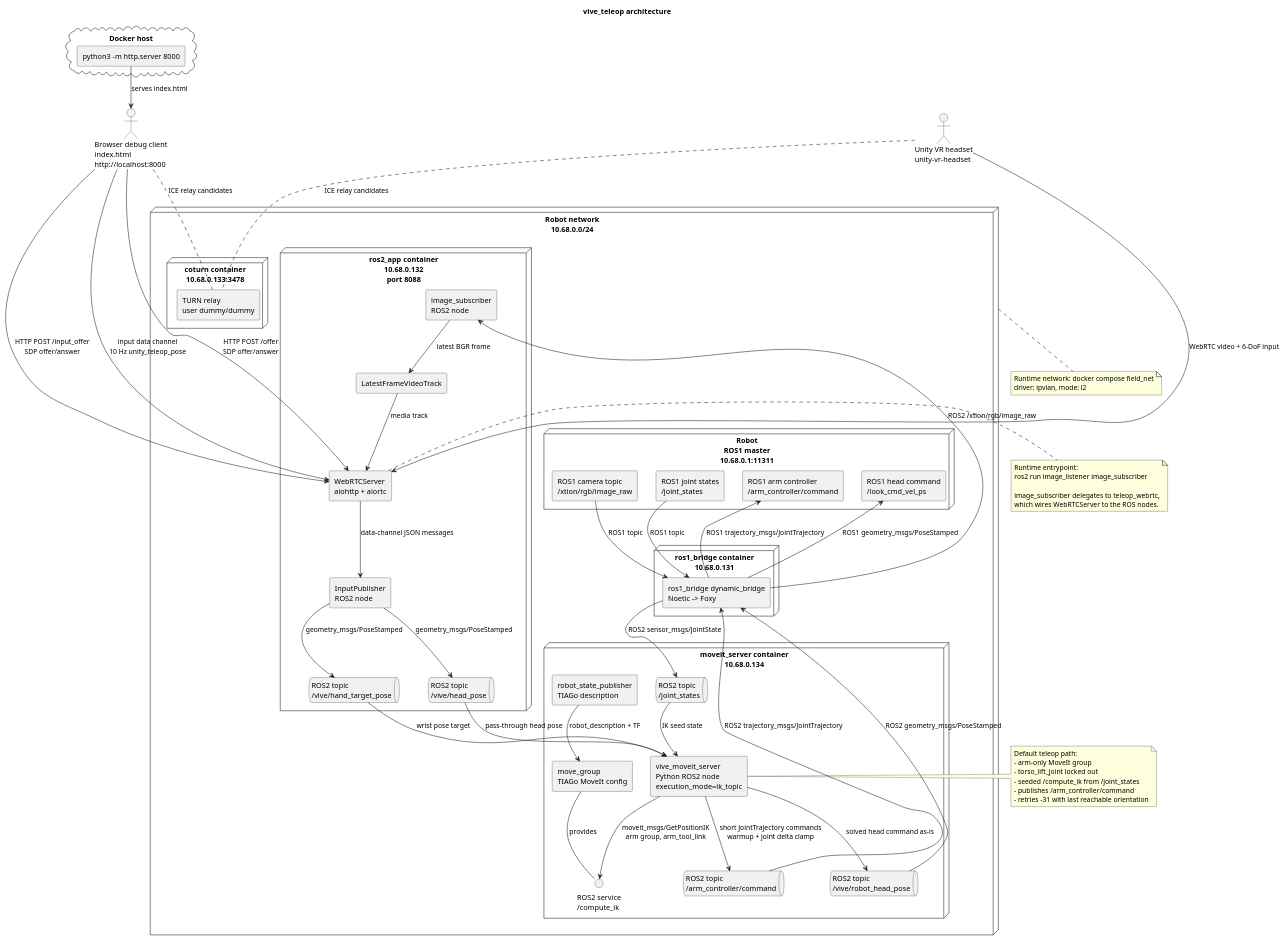
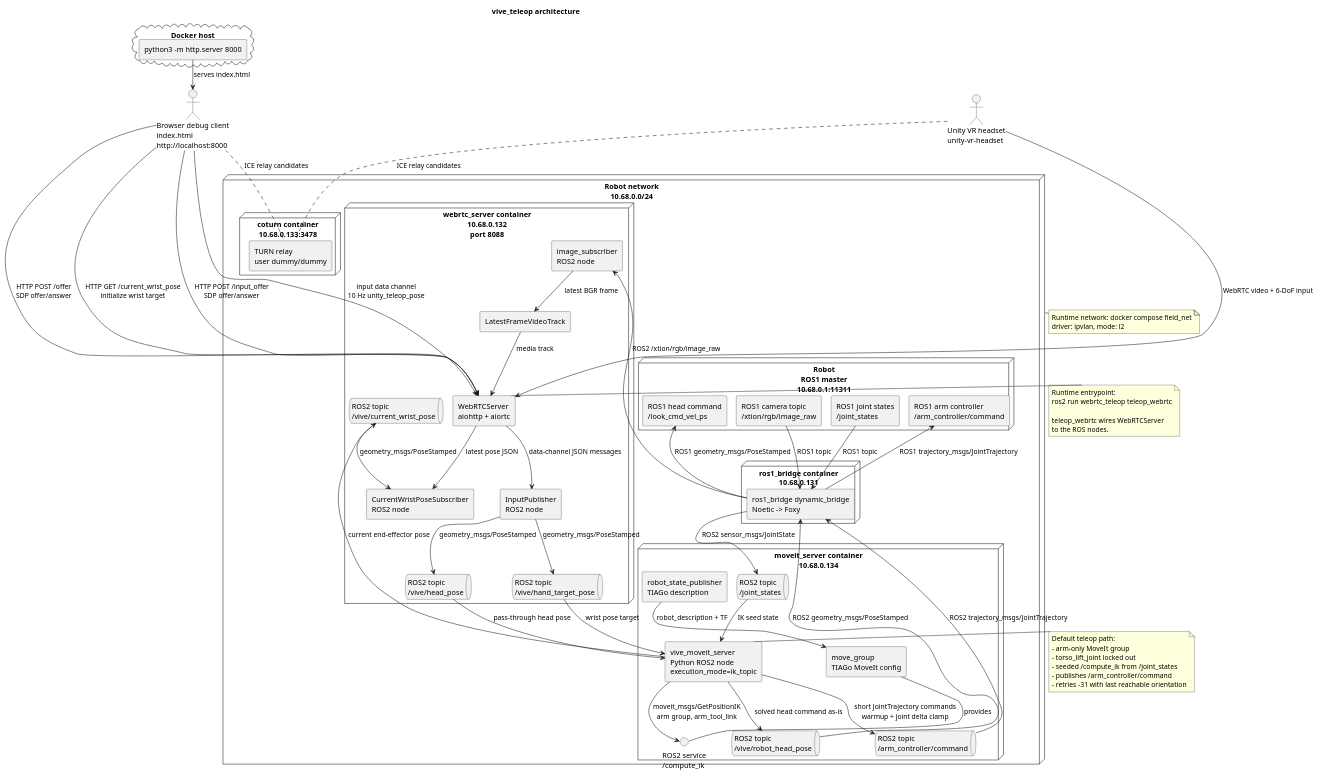
One commit to ichores-research/vive_teleop changed the diagram in architecture.puml. Above: the diagram before and after it, drawn with PlantUML. The commit also changed 27 other files, not shown here.

Commit message:
Doesnt work, but renamed ros2_app to webrtc_server and pulled wrist state from robot into debug client

```diff
--- a/architecture.puml
+++ b/architecture.puml
@@ -1,105 +1,113 @@
 @startuml
+!pragma layout smetana
+
 title vive_teleop architecture
 
 skinparam componentStyle rectangle
 skinparam shadowing false
 skinparam defaultFontName Monospace
 
 actor "Browser debug client\nindex.html\nhttp://localhost:8000" as Browser
 actor "Unity VR headset\nunity-vr-headset" as Unity
 
 node "Robot network\n10.68.0.0/24" as Net {
   node "Robot\nROS1 master\n10.68.0.1:11311" as Robot {
     component "ROS1 camera topic\n/xtion/rgb/image_raw" as Ros1Camera
     component "ROS1 joint states\n/joint_states" as Ros1JointStates
     component "ROS1 arm controller\n/arm_controller/command" as Ros1ArmCommand
     component "ROS1 head command\n/look_cmd_vel_ps" as Ros1HeadCommand
   }
 
   node "ros1_bridge container\n10.68.0.131" as Bridge {
     component "ros1_bridge dynamic_bridge\nNoetic -> Foxy" as DynamicBridge
   }
 
-  node "ros2_app container\n10.68.0.132\nport 8088" as Ros2App {
+  node "webrtc_server container\n10.68.0.132\nport 8088" as WebRTCServerContainer {
     component "image_subscriber\nROS2 node" as ImageSubscriber
     component "LatestFrameVideoTrack" as VideoTrack
     component "WebRTCServer\naiohttp + aiortc" as WebRTCServer
     component "InputPublisher\nROS2 node" as InputPublisher
+    component "CurrentWristPoseSubscriber\nROS2 node" as CurrentWristPoseSubscriber
     queue "ROS2 topic\n/vive/head_pose" as HeadPoseTopic
     queue "ROS2 topic\n/vive/hand_target_pose" as HandTargetTopic
+    queue "ROS2 topic\n/vive/current_wrist_pose" as CurrentWristPoseTopic
   }
 
   node "moveit_server container\n10.68.0.134" as MoveItContainer {
     component "robot_state_publisher\nTIAGo description" as RobotStatePublisher
     component "move_group\nTIAGo MoveIt config" as MoveGroup
     component "vive_moveit_server\nPython ROS2 node\nexecution_mode=ik_topic" as MoveItServer
     queue "ROS2 topic\n/joint_states" as JointStateTopic
     queue "ROS2 topic\n/vive/robot_head_pose" as RobotHeadTopic
     queue "ROS2 topic\n/arm_controller/command" as ArmCommandTopic
     interface "ROS2 service\n/compute_ik" as ComputeIkService
   }
 
   node "coturn container\n10.68.0.133:3478" as Coturn {
     component "TURN relay\nuser dummy/dummy" as TurnRelay
   }
 }
 
 cloud "Docker host" as Host {
   component "python3 -m http.server 8000" as StaticServer
 }
 
 Ros1Camera --> DynamicBridge : ROS1 topic
 DynamicBridge --> ImageSubscriber : ROS2 /xtion/rgb/image_raw
 Ros1JointStates --> DynamicBridge : ROS1 topic
 DynamicBridge --> JointStateTopic : ROS2 sensor_msgs/JointState
 ArmCommandTopic --> DynamicBridge : ROS2 trajectory_msgs/JointTrajectory
 DynamicBridge --> Ros1ArmCommand : ROS1 trajectory_msgs/JointTrajectory
 RobotHeadTopic --> DynamicBridge : ROS2 geometry_msgs/PoseStamped
 DynamicBridge --> Ros1HeadCommand : ROS1 geometry_msgs/PoseStamped
 
 ImageSubscriber --> VideoTrack : latest BGR frame
 VideoTrack --> WebRTCServer : media track
 WebRTCServer --> InputPublisher : data-channel JSON messages
+WebRTCServer --> CurrentWristPoseSubscriber : latest pose JSON
 InputPublisher --> HeadPoseTopic : geometry_msgs/PoseStamped
 InputPublisher --> HandTargetTopic : geometry_msgs/PoseStamped
 HeadPoseTopic --> MoveItServer : pass-through head pose
 HandTargetTopic --> MoveItServer : wrist pose target
+MoveItServer --> CurrentWristPoseTopic : current end-effector pose
+CurrentWristPoseTopic --> CurrentWristPoseSubscriber : geometry_msgs/PoseStamped
 JointStateTopic --> MoveItServer : IK seed state
 RobotStatePublisher --> MoveGroup : robot_description + TF
 MoveGroup -- ComputeIkService : provides
 MoveItServer --> ComputeIkService : moveit_msgs/GetPositionIK\narm group, arm_tool_link
 MoveItServer --> RobotHeadTopic : solved head command as-is
 MoveItServer --> ArmCommandTopic : short JointTrajectory commands\nwarmup + joint delta clamp
 
 StaticServer --> Browser : serves index.html
 Browser --> WebRTCServer : HTTP POST /offer\nSDP offer/answer
+Browser --> WebRTCServer : HTTP GET /current_wrist_pose\ninitialize wrist target
 Browser --> WebRTCServer : HTTP POST /input_offer\nSDP offer/answer
 Browser --> WebRTCServer : input data channel\n10 Hz unity_teleop_pose
 Browser .. TurnRelay : ICE relay candidates
 
 Unity --> WebRTCServer : WebRTC video + 6-DoF input
 Unity .. TurnRelay : ICE relay candidates
 
 note right of WebRTCServer
   Runtime entrypoint:
-  ros2 run image_listener image_subscriber
+  ros2 run webrtc_teleop teleop_webrtc
 
-  image_subscriber delegates to teleop_webrtc,
-  which wires WebRTCServer to the ROS nodes.
+  teleop_webrtc wires WebRTCServer
+  to the ROS nodes.
 end note
 
 note right of MoveItServer
   Default teleop path:
   - arm-only MoveIt group
   - torso_lift_joint locked out
   - seeded /compute_ik from /joint_states
   - publishes /arm_controller/command
   - retries -31 with last reachable orientation
 end note
 
 note bottom of Net
   Runtime network: docker compose field_net
   driver: ipvlan, mode: l2
 end note
 
 @enduml
```
